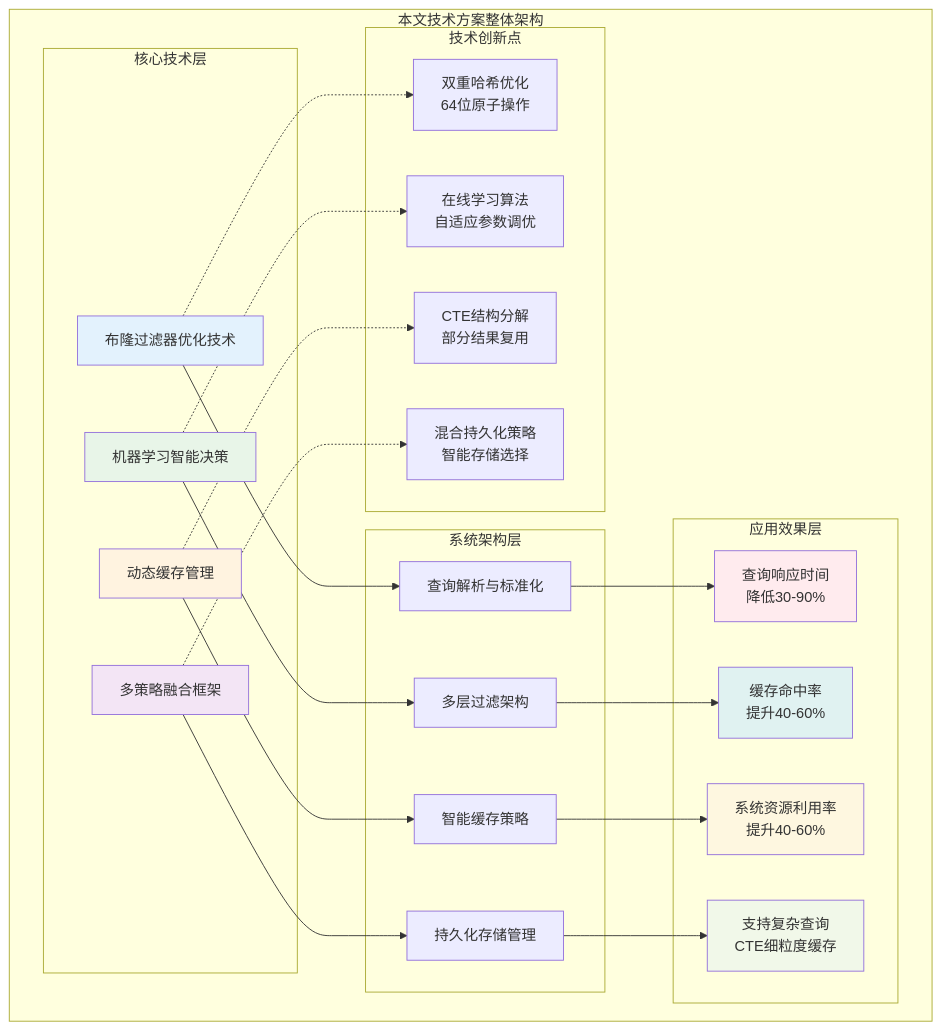
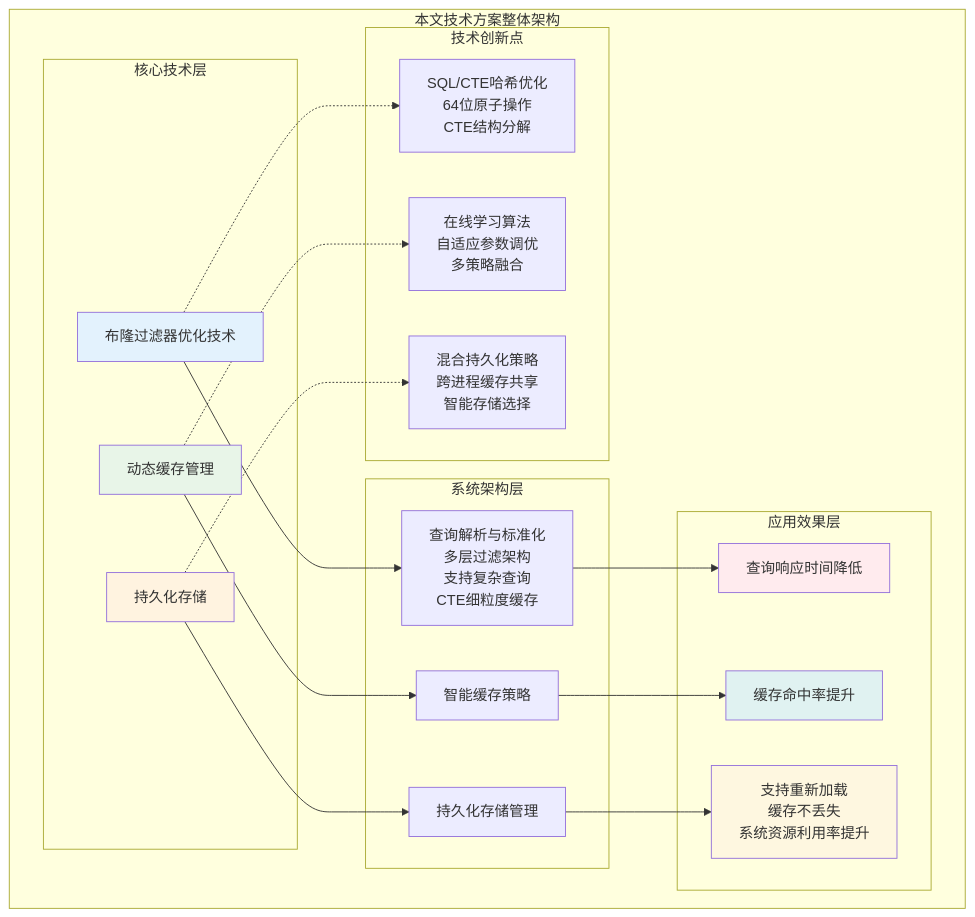
One commit to crazypenguincode/duckdb changed the second of 2 diagrams in md/第一章-绪论.md. Above: the diagram before and after it, drawn with Mermaid. The commit also changed other lines of this file and 1 other file, not shown here.

Commit message:
更新part1

````diff
--- a/md/第一章-绪论.md
+++ b/md/第一章-绪论.md
@@ -138,56 +138,47 @@
 ```mermaid
 graph TB
     subgraph "本文技术方案整体架构"
         subgraph "核心技术层"
             A1[布隆过滤器优化技术]
-            A2[机器学习智能决策]
-            A3[动态缓存管理]
-            A4[多策略融合框架]
+            A2[动态缓存管理]
+            A3[持久化存储]
         end
         
         subgraph "系统架构层"
-            B1[查询解析与标准化]
-            B2[多层过滤架构]
-            B3[智能缓存策略]
-            B4[持久化存储管理]
+            B1[查询解析与标准化<br />多层过滤架构<br/>支持复杂查询<br/>CTE细粒度缓存]
+            B2[智能缓存策略]
+            B3[持久化存储管理]
         end
         
         subgraph "应用效果层"
-            C1[查询响应时间<br/>降低30-90%]
-            C2[缓存命中率<br/>提升40-60%]
-            C3[系统资源利用率<br/>提升40-60%]
-            C4[支持复杂查询<br/>CTE细粒度缓存]
+            C1[查询响应时间降低]
+            C2[缓存命中率提升]
+            C3[支持重新加载<br />缓存不丢失<br />系统资源利用率提升]
         end
         
         A1 --> B1
         A2 --> B2
         A3 --> B3
-        A4 --> B4
         
         B1 --> C1
         B2 --> C2
         B3 --> C3
-        B4 --> C4
         
         subgraph "技术创新点"
-            D1[双重哈希优化<br/>64位原子操作]
-            D2[在线学习算法<br/>自适应参数调优]
-            D3[CTE结构分解<br/>部分结果复用]
-            D4[混合持久化策略<br/>智能存储选择]
+            D1[SQL/CTE哈希优化<br/>64位原子操作<br/>CTE结构分解]
+            D2[在线学习算法<br/>自适应参数调优<br/>多策略融合]
+            D3[混合持久化策略<br/>跨进程缓存共享<br/>智能存储选择]
         end
         
         A1 -.-> D1
         A2 -.-> D2
         A3 -.-> D3
-        A4 -.-> D4
     end
     
     style A1 fill:#e3f2fd
     style A2 fill:#e8f5e8
     style A3 fill:#fff3e0
-    style A4 fill:#f3e5f5
     style C1 fill:#ffebee
     style C2 fill:#e0f2f1
     style C3 fill:#fef7e0
-    style C4 fill:#f1f8e9
 ```
````
